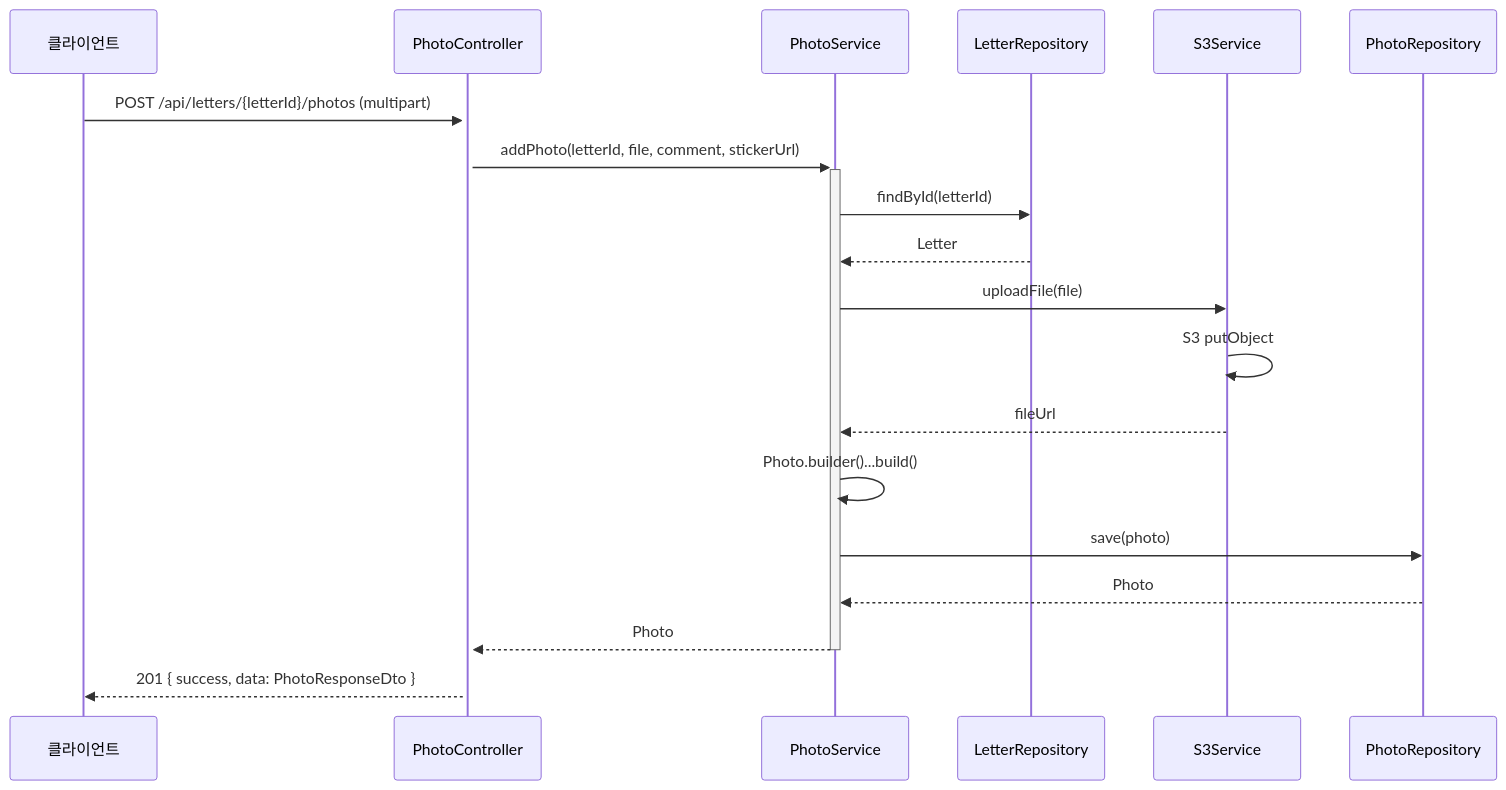
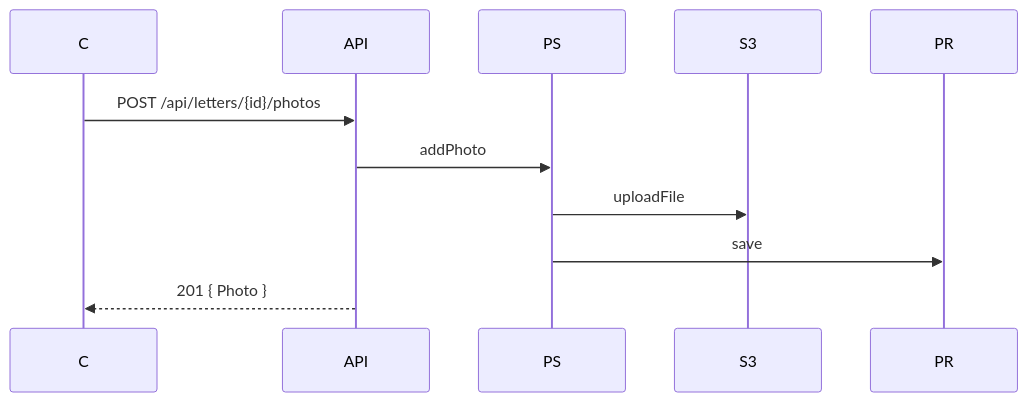
Before and after one commit to jinhyuk9714/memory_of_year: the sixth of 6 diagrams in README.md, drawn with Mermaid. The commit also changed other lines of this file and 22 other files, not shown here.

````diff
--- a/README.md
+++ b/README.md
@@ -242,22 +217,8 @@
 ```mermaid
 sequenceDiagram
-    participant C as 클라이언트
-    participant API as PhotoController
-    participant PS as PhotoService
-    participant LR as LetterRepository
-    participant S3 as S3Service
-    participant PR as PhotoRepository
-
-    C->>+API: POST /api/letters/{letterId}/photos (multipart)
-    API->>+PS: addPhoto(letterId, file, comment, stickerUrl)
-    PS->>LR: findById(letterId)
-    LR-->>PS: Letter
-    PS->>S3: uploadFile(file)
-    S3->>S3: S3 putObject
-    S3-->>PS: fileUrl
-    PS->>PS: Photo.builder()...build()
-    PS->>PR: save(photo)
-    PR-->>PS: Photo
-    PS-->>-API: Photo
-    API-->>C: 201 { success, data: PhotoResponseDto }
+    C->>API: POST /api/letters/{id}/photos
+    API->>PS: addPhoto
+    PS->>S3: uploadFile
+    PS->>PR: save
+    API-->>C: 201 { Photo }
 ```
````
